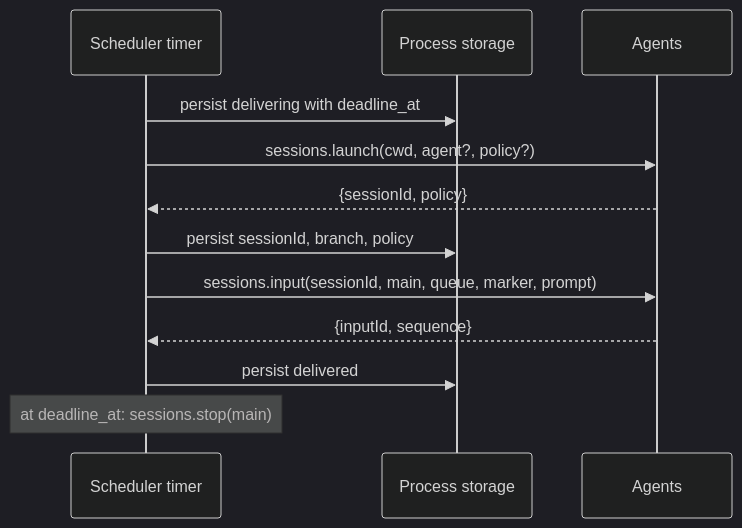
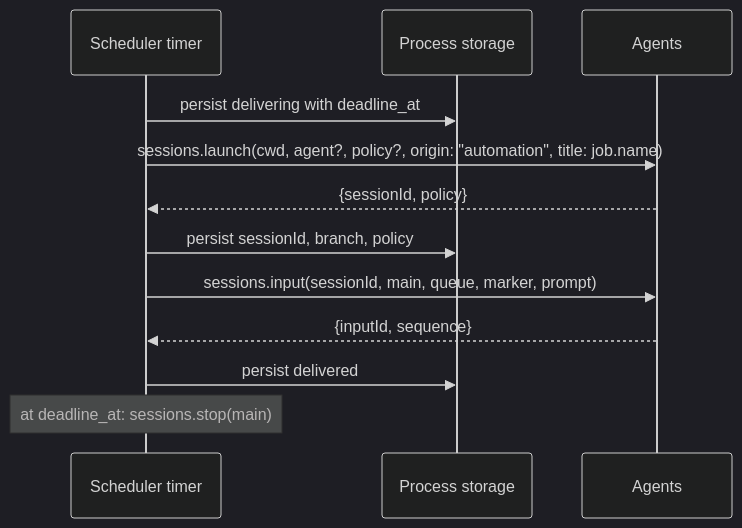
Before and after one commit to arcships/dim: the fourth of 5 diagrams in docs/design/plugins/Scheduler.md, drawn with Mermaid (dark theme). The commit also changed other lines of this file and 3 other files, not shown here.

First line of the commit message:
feat(scheduler): declare a launch target's Session as automation

````diff
--- a/docs/design/plugins/Scheduler.md
+++ b/docs/design/plugins/Scheduler.md
@@ -222,14 +222,14 @@
 ```mermaid
 sequenceDiagram
   participant T as Scheduler timer
   participant ST as Process storage
   participant AG as Agents
   T->>ST: persist delivering with deadline_at
-  T->>AG: sessions.launch(cwd, agent?, policy?)
+  T->>AG: sessions.launch(cwd, agent?, policy?, origin: "automation", title: job.name)
   AG-->>T: {sessionId, policy}
   T->>ST: persist sessionId, branch, policy
   T->>AG: sessions.input(sessionId, main, queue, marker, prompt)
   AG-->>T: {inputId, sequence}
   T->>ST: persist delivered
   Note over T: at deadline_at: sessions.stop(main)
 ```
````
